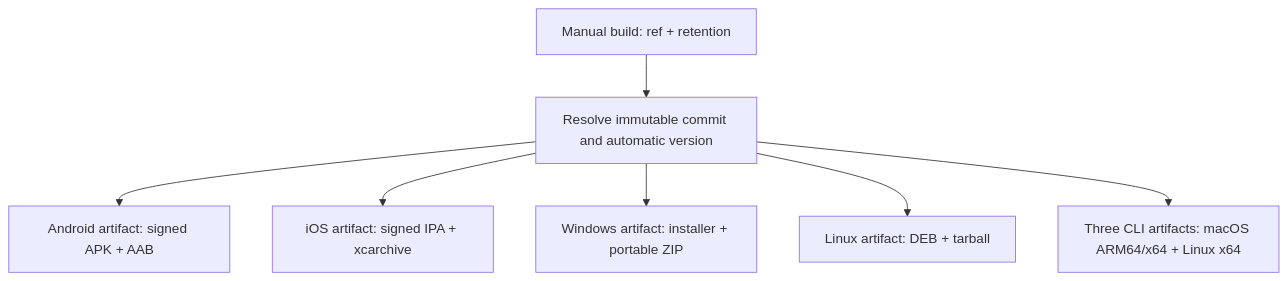
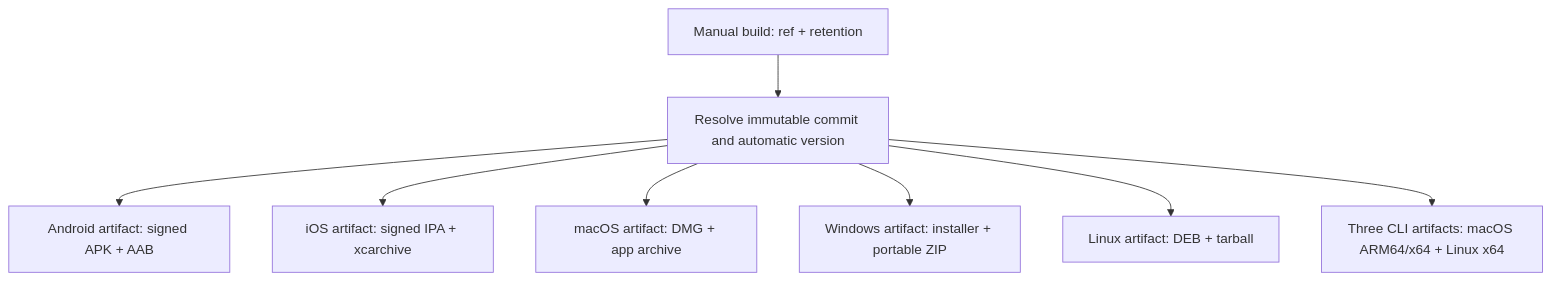
One commit to irislib/iris-chat-rs changed the diagram in docs/github-build-artifacts.md. Above: the diagram before and after it, drawn with Mermaid. The commit also changed other lines of this file and 11 other files, not shown here.

````diff
--- a/docs/github-build-artifacts.md
+++ b/docs/github-build-artifacts.md
@@ -47,10 +53,11 @@
 ```mermaid
 flowchart TD
     Trigger["Manual build: ref + retention"] --> Metadata["Resolve immutable commit and automatic version"]
 
     Metadata --> Android["Android artifact: signed APK + AAB"]
     Metadata --> IOS["iOS artifact: signed IPA + xcarchive"]
+    Metadata --> MacOS["macOS artifact: DMG + app archive"]
     Metadata --> Windows["Windows artifact: installer + portable ZIP"]
     Metadata --> Linux["Linux artifact: DEB + tarball"]
     Metadata --> CLI["Three CLI artifacts: macOS ARM64/x64 + Linux x64"]
 ```
````
